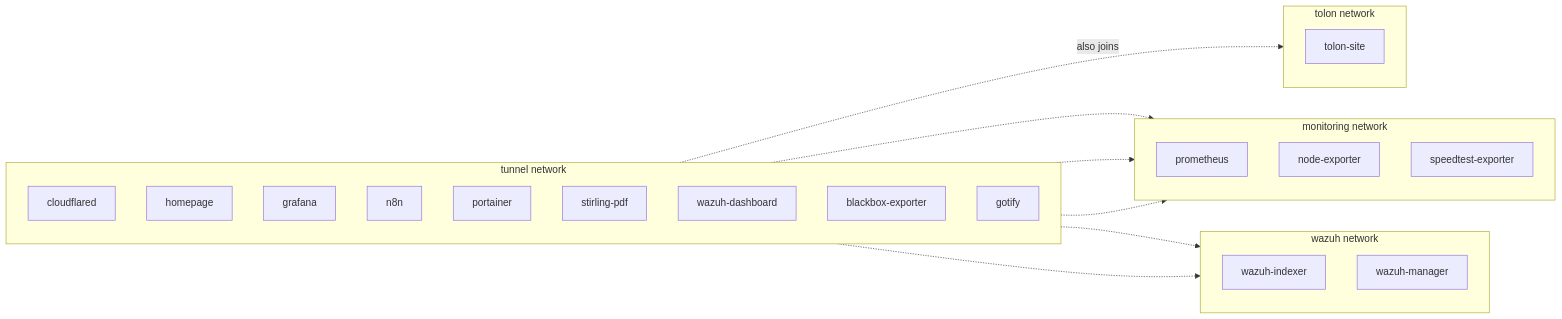
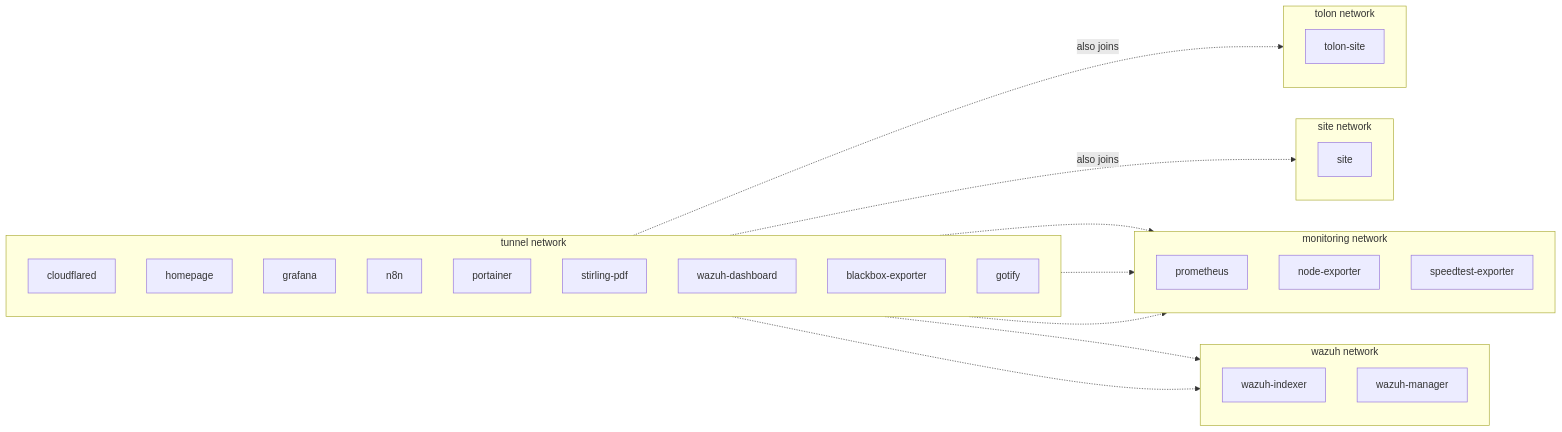
One commit to danielpsf/homelab changed the second of 4 diagrams in README.md. Above: the diagram before and after it, drawn with Mermaid. The commit also changed other lines of this file, not shown here.

Commit message:
docs: add the personal site and edge hardening to the README and diagrams

````diff
--- a/README.md
+++ b/README.md
@@ -72,40 +77,46 @@
 ```mermaid
 graph LR
     subgraph tunnel[tunnel network]
         direction TB
         cloudflared
         homepage
         grafana
         n8n
         portainer
         stirling-pdf
         wazuh-dashboard
         blackbox-exporter
         gotify
     end
 
     subgraph tolon[tolon network]
         direction TB
         tolon-site
     end
 
+    subgraph site[site network]
+        direction TB
+        site-nginx[site]
+    end
+
     subgraph monitoring[monitoring network]
         direction TB
         prometheus
         node-exporter
         speedtest-exporter
     end
 
     subgraph wazuh[wazuh network]
         direction TB
         wazuh-indexer
         wazuh-manager
     end
 
     cloudflared -.->|also joins| tolon
+    cloudflared -.->|also joins| site
     homepage -.-> monitoring
     grafana -.-> monitoring
     n8n -.-> monitoring
     n8n -.-> wazuh
     blackbox-exporter -.-> wazuh
 ```
````
